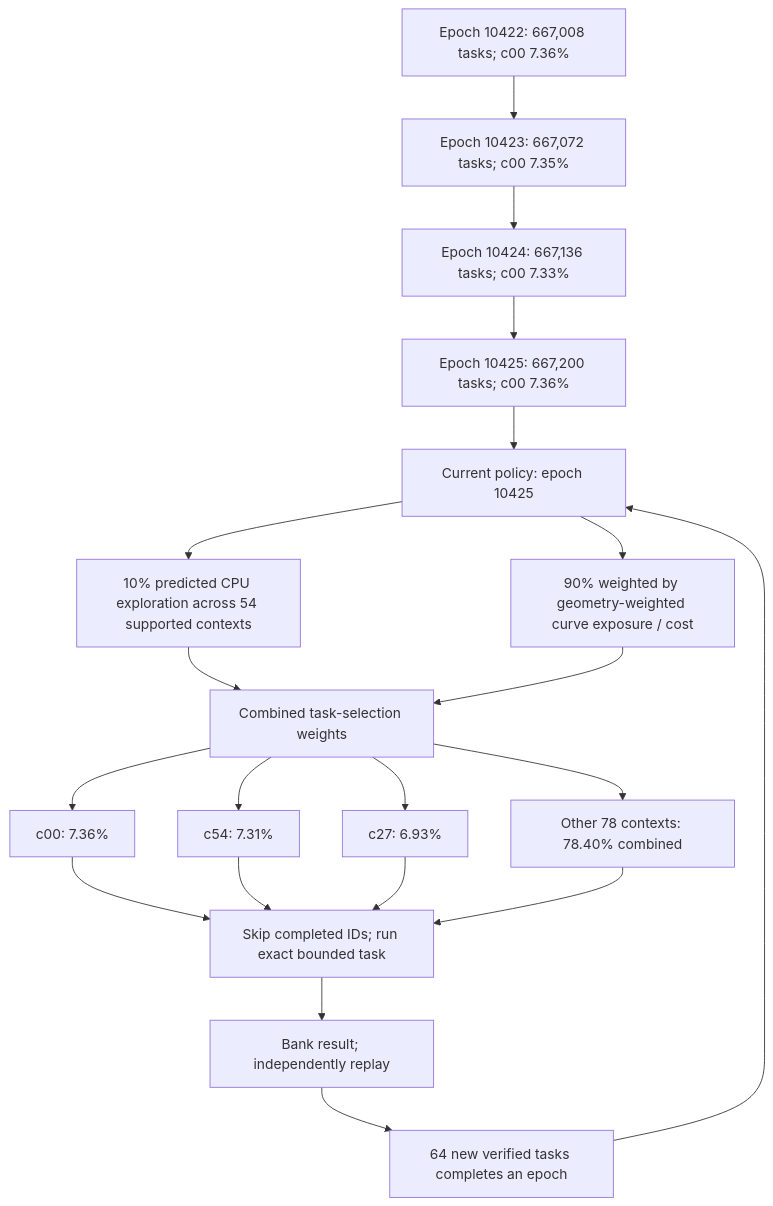
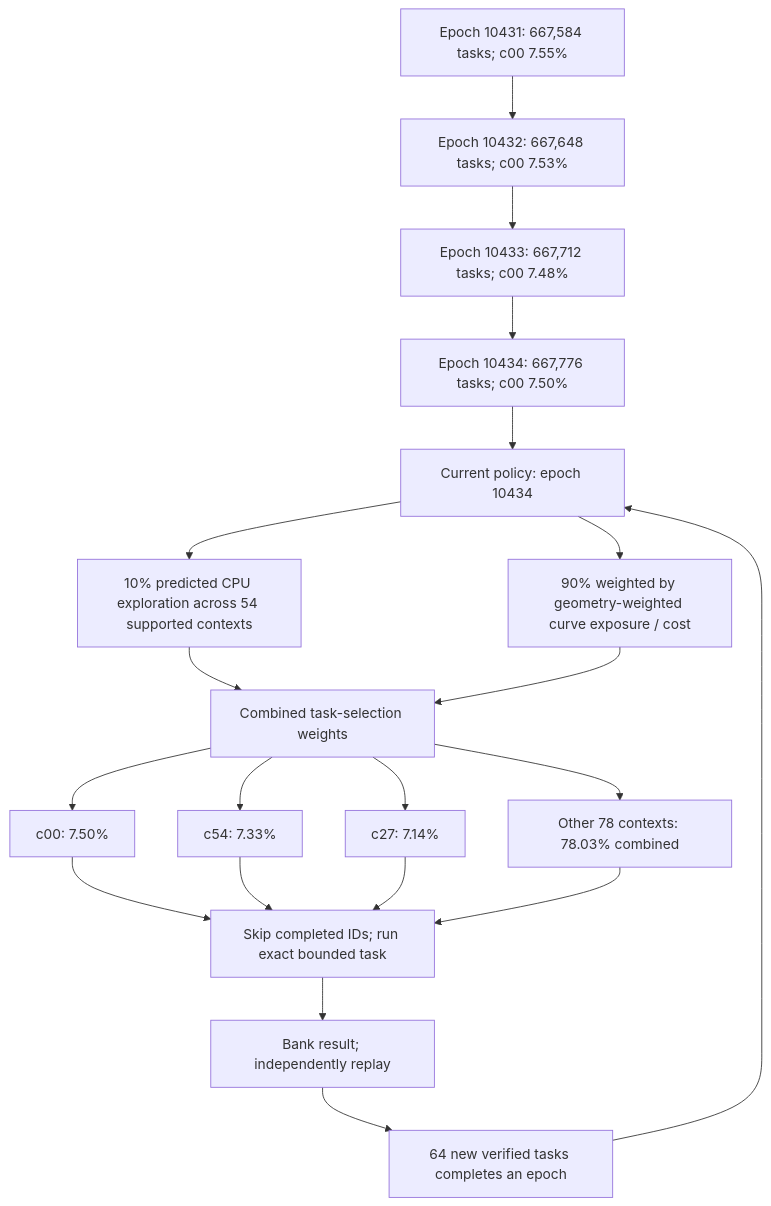
The first of 4 diagrams in README.md (Kuberwastaken/math-gambling), drawn with Mermaid before and after one commit. The commit also changed other lines of this file and 2235 other files, not shown here.

````diff
--- a/README.md
+++ b/README.md
@@ -60,27 +60,27 @@
 ```mermaid
 flowchart TD
-    H0["Epoch 10422: 667,008 tasks; c00 7.36%"]
-    H1["Epoch 10423: 667,072 tasks; c00 7.35%"]
+    H0["Epoch 10431: 667,584 tasks; c00 7.55%"]
+    H1["Epoch 10432: 667,648 tasks; c00 7.53%"]
     H0 --> H1
-    H2["Epoch 10424: 667,136 tasks; c00 7.33%"]
+    H2["Epoch 10433: 667,712 tasks; c00 7.48%"]
     H1 --> H2
-    H3["Epoch 10425: 667,200 tasks; c00 7.36%"]
+    H3["Epoch 10434: 667,776 tasks; c00 7.50%"]
     H2 --> H3
-    Policy["Current policy: epoch 10425"]
+    Policy["Current policy: epoch 10434"]
     H3 --> Policy
     Policy --> Explore["10% predicted CPU exploration across 54 supported contexts"]
     Policy --> Cost["90% weighted by geometry-weighted curve exposure / cost"]
     Explore --> Mix["Combined task-selection weights"]
     Cost --> Mix
-    Mix --> C0["c00: 7.36%"]
-    Mix --> C1["c54: 7.31%"]
-    Mix --> C2["c27: 6.93%"]
-    Mix --> Rest["Other 78 contexts: 78.40% combined"]
+    Mix --> C0["c00: 7.50%"]
+    Mix --> C1["c54: 7.33%"]
+    Mix --> C2["c27: 7.14%"]
+    Mix --> Rest["Other 78 contexts: 78.03% combined"]
     C0 --> Check["Skip completed IDs; run exact bounded task"]
     C1 --> Check
     C2 --> Check
     Rest --> Check
     Check --> Replay["Bank result; independently replay"]
     Replay --> Gate["64 new verified tasks completes an epoch"]
     Gate --> Policy
 ```
````
